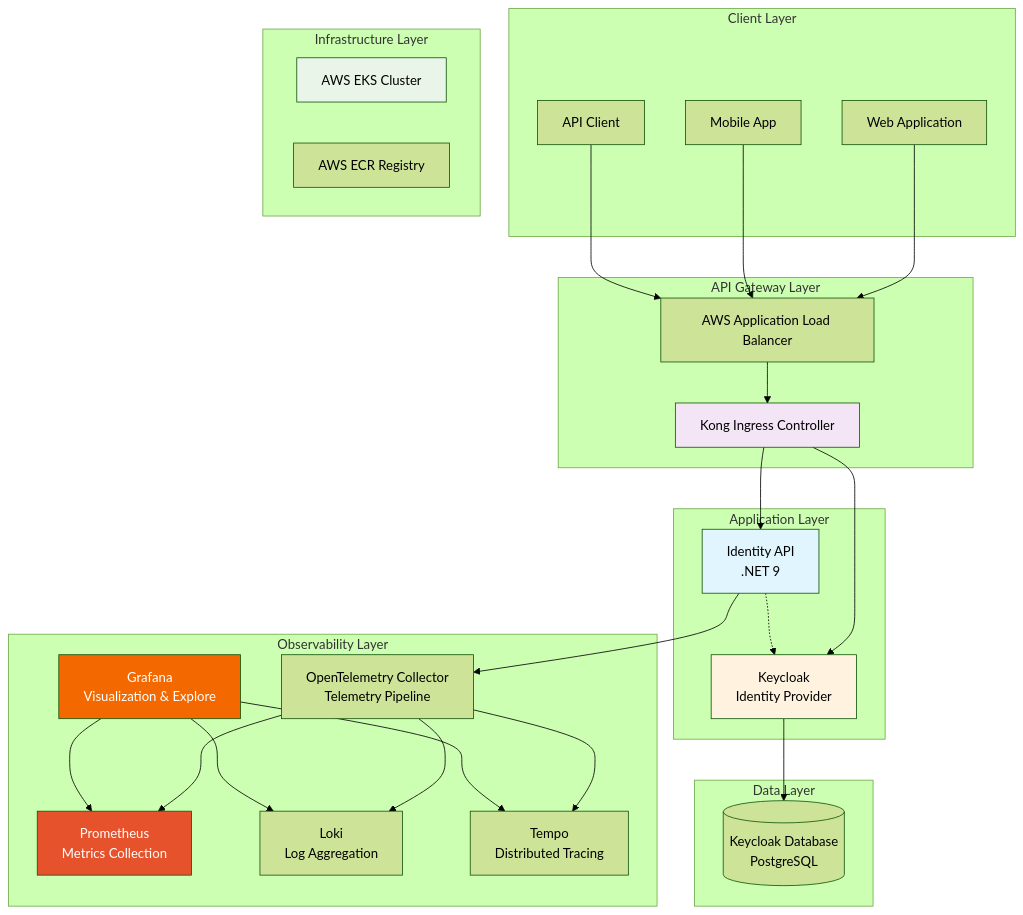
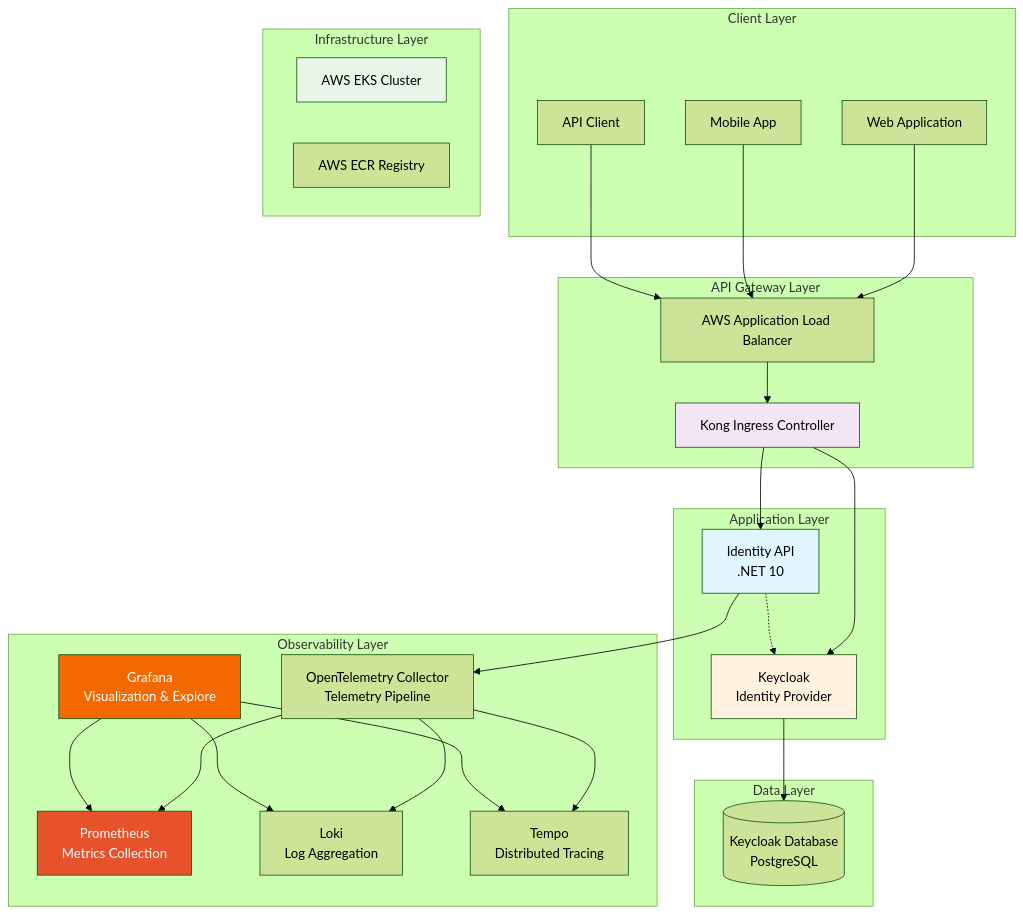
The first of 6 diagrams in README.md (kyo1506/tec-challenge-fase-1), drawn with Mermaid (forest theme) before and after one commit. The commit also changed other lines of this file, not shown here.

Commit message:
fix: Update .NET version references from 9 to 10 in README.md

````diff
--- a/README.md
+++ b/README.md
@@ -27,58 +27,58 @@
 ```mermaid
 graph TB
     subgraph "Client Layer"
         WEB[Web Application]
         MOB[Mobile App]
         API_CLIENT[API Client]
     end
 
     subgraph "API Gateway Layer"
         ALB[AWS Application Load Balancer]
         KONG[Kong Ingress Controller]
     end
 
     subgraph "Application Layer"
-        IDENTITY[Identity API<br/>.NET 9]
+        IDENTITY[Identity API<br/>.NET 10]
         KC[Keycloak<br/>Identity Provider]
     end
 
     subgraph "Data Layer"
         KCDB[(Keycloak Database<br/>PostgreSQL)]
     end
 
     subgraph "Observability Layer"
         PROM[Prometheus<br/>Metrics Collection]
         LOKI[Loki<br/>Log Aggregation]
         TEMPO[Tempo<br/>Distributed Tracing]
         GRAFANA[Grafana<br/>Visualization & Explore]
         OTEL[OpenTelemetry Collector<br/>Telemetry Pipeline]
     end
 
     subgraph "Infrastructure Layer"
         EKS[AWS EKS Cluster]
         ECR[AWS ECR Registry]
     end
 
     WEB --> ALB
     MOB --> ALB
     API_CLIENT --> ALB
     ALB --> KONG
     KONG --> IDENTITY
     KONG --> KC
     IDENTITY -.-> KC
     KC --> KCDB
     IDENTITY --> OTEL
     OTEL --> PROM
     OTEL --> LOKI
     OTEL --> TEMPO
     GRAFANA --> PROM
     GRAFANA --> LOKI
     GRAFANA --> TEMPO
     
     style IDENTITY fill:#e1f5fe
     style KC fill:#fff3e0
     style KONG fill:#f3e5f5
     style EKS fill:#e8f5e8
     style GRAFANA fill:#f46800,color:#fff
     style PROM fill:#e6522c,color:#fff
 ```
````
